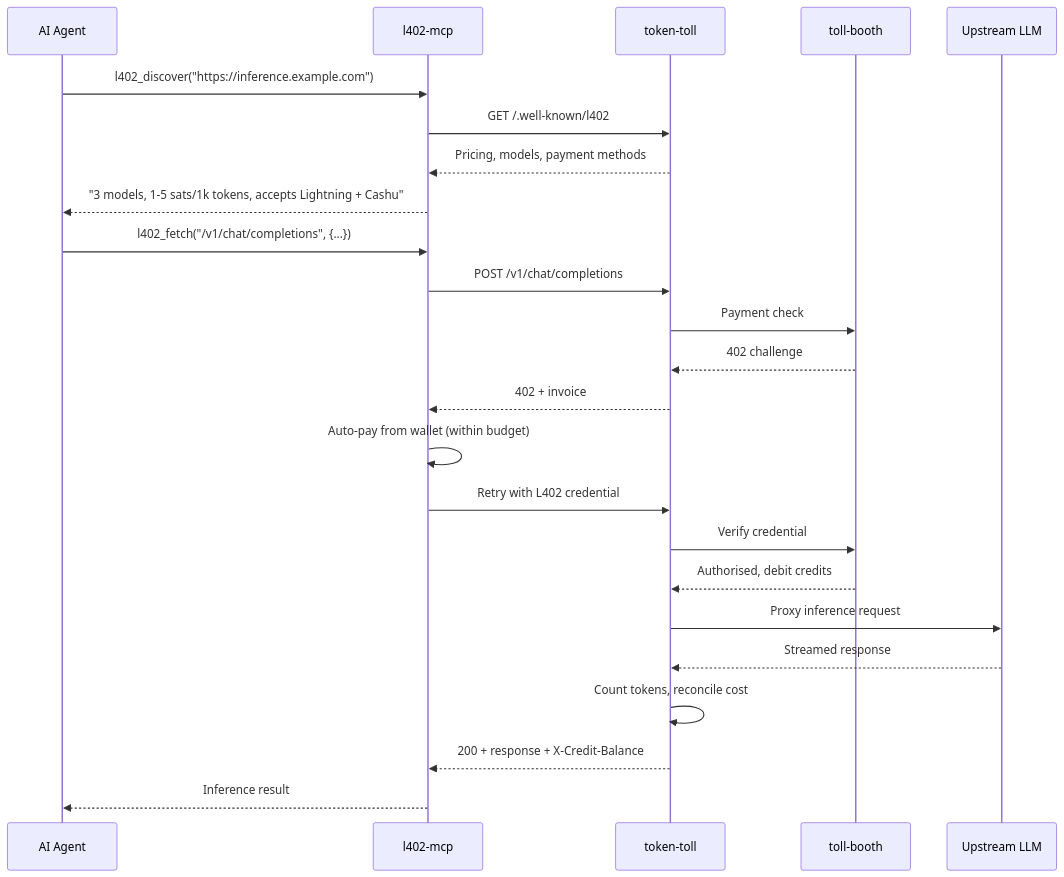
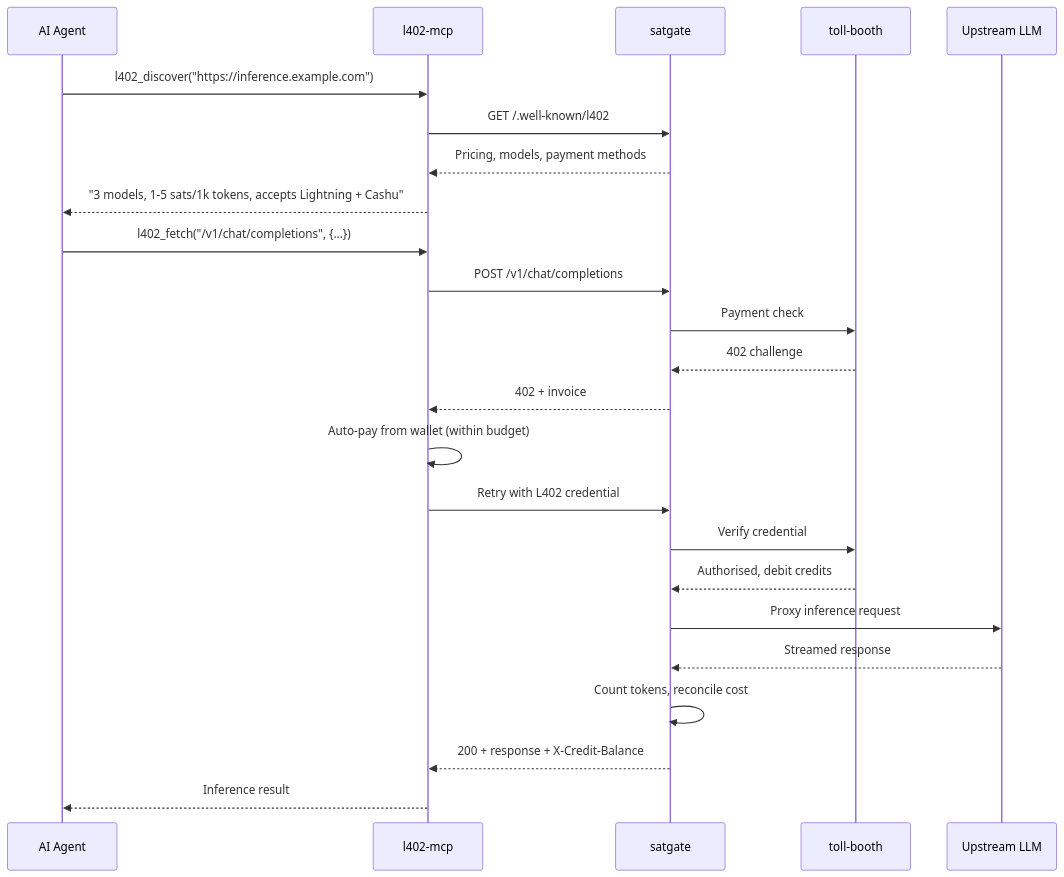
Before and after one commit to TheCryptoDonkey/toll-booth: the third of 5 diagrams in docs/architecture.md, drawn with Mermaid. The commit also changed other lines of this file and 1 other file, not shown here.

Commit message:
docs: rename token-toll to satgate in README and architecture diagrams

````diff
--- a/docs/architecture.md
+++ b/docs/architecture.md
@@ -87,29 +87,29 @@
 ```mermaid
 sequenceDiagram
     participant Agent as AI Agent
     participant MCP as l402-mcp
-    participant TT as token-toll
+    participant TT as satgate
     participant TB as toll-booth
     participant LLM as Upstream LLM
 
     Agent->>MCP: l402_discover("https://inference.example.com")
     MCP->>TT: GET /.well-known/l402
     TT-->>MCP: Pricing, models, payment methods
     MCP-->>Agent: "3 models, 1-5 sats/1k tokens, accepts Lightning + Cashu"
 
     Agent->>MCP: l402_fetch("/v1/chat/completions", {...})
     MCP->>TT: POST /v1/chat/completions
     TT->>TB: Payment check
     TB-->>TT: 402 challenge
     TT-->>MCP: 402 + invoice
 
     MCP->>MCP: Auto-pay from wallet (within budget)
     MCP->>TT: Retry with L402 credential
     TT->>TB: Verify credential
     TB-->>TT: Authorised, debit credits
     TT->>LLM: Proxy inference request
     LLM-->>TT: Streamed response
     TT->>TT: Count tokens, reconcile cost
     TT-->>MCP: 200 + response + X-Credit-Balance
     MCP-->>Agent: Inference result
 ```
````
